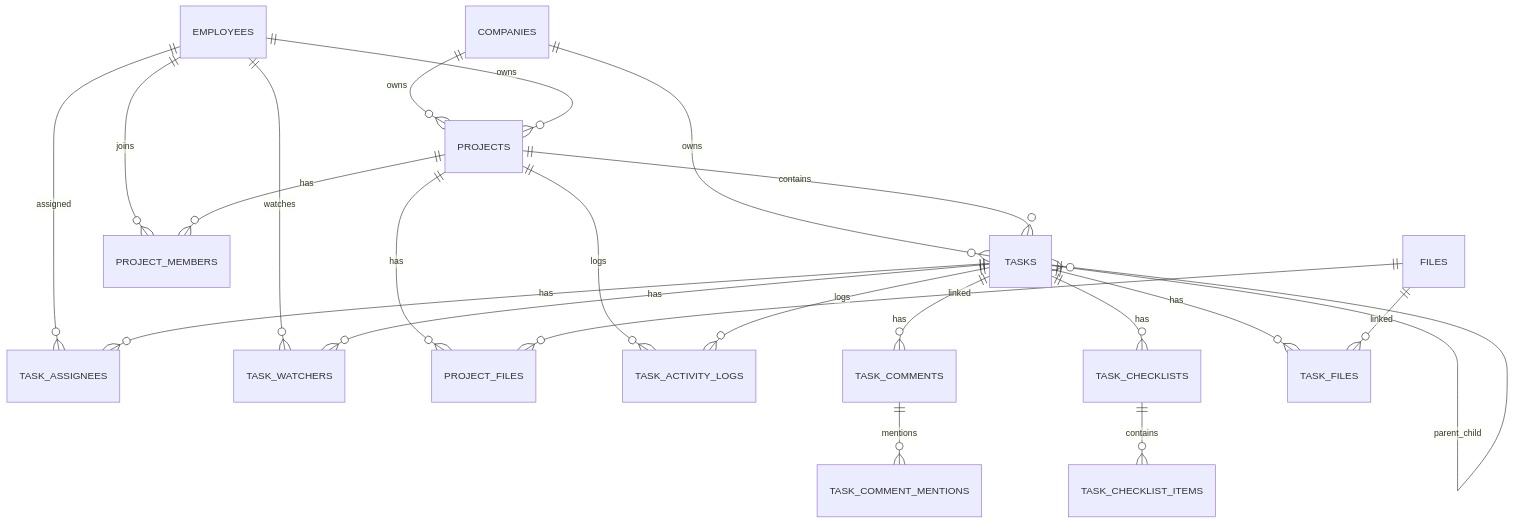
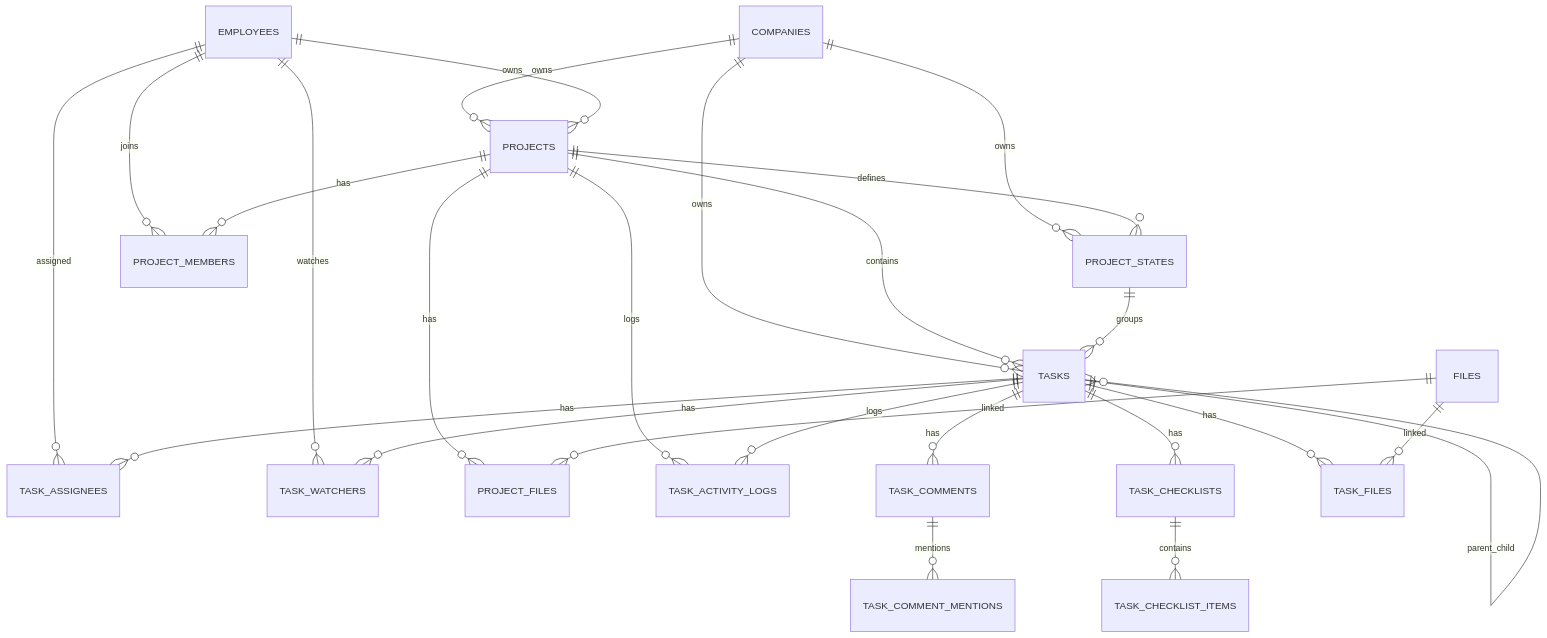
One commit to nguyencanhqk/mediaos changed the diagram in docs/DB/DB-06 TASK Database Design.md. Above: the diagram before and after it, drawn with Mermaid. The commit also changed other lines of this file and 7 other files, not shown here.

````diff
--- a/docs/DB/DB-06 TASK Database Design.md
+++ b/docs/DB/DB-06 TASK Database Design.md
@@ -508,28 +574,32 @@
 ```mermaid
 erDiagram
     COMPANIES ||--o{ PROJECTS : owns
+    COMPANIES ||--o{ PROJECT_STATES : owns
     COMPANIES ||--o{ TASKS : owns
 
     EMPLOYEES ||--o{ PROJECTS : owns
     EMPLOYEES ||--o{ PROJECT_MEMBERS : joins
     EMPLOYEES ||--o{ TASK_ASSIGNEES : assigned
     EMPLOYEES ||--o{ TASK_WATCHERS : watches
 
     PROJECTS ||--o{ PROJECT_MEMBERS : has
     PROJECTS ||--o{ PROJECT_FILES : has
+    PROJECTS ||--o{ PROJECT_STATES : defines
     PROJECTS ||--o{ TASKS : contains
     PROJECTS ||--o{ TASK_ACTIVITY_LOGS : logs
+
+    PROJECT_STATES ||--o{ TASKS : groups
 
     TASKS ||--o{ TASK_ASSIGNEES : has
     TASKS ||--o{ TASK_WATCHERS : has
     TASKS ||--o{ TASK_COMMENTS : has
     TASKS ||--o{ TASK_CHECKLISTS : has
     TASKS ||--o{ TASK_FILES : has
     TASKS ||--o{ TASK_ACTIVITY_LOGS : logs
     TASKS ||--o{ TASKS : parent_child
 
     TASK_COMMENTS ||--o{ TASK_COMMENT_MENTIONS : mentions
     TASK_CHECKLISTS ||--o{ TASK_CHECKLIST_ITEMS : contains
     FILES ||--o{ TASK_FILES : linked
     FILES ||--o{ PROJECT_FILES : linked
 ```
````
